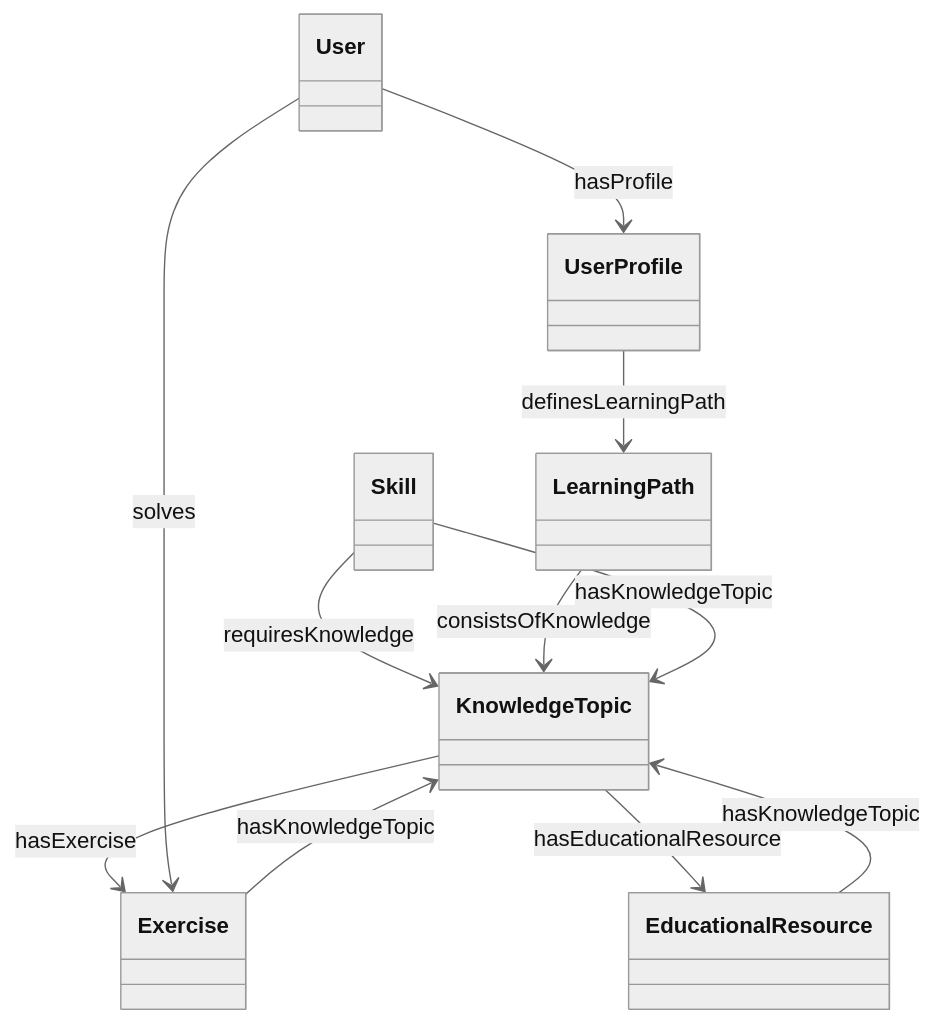
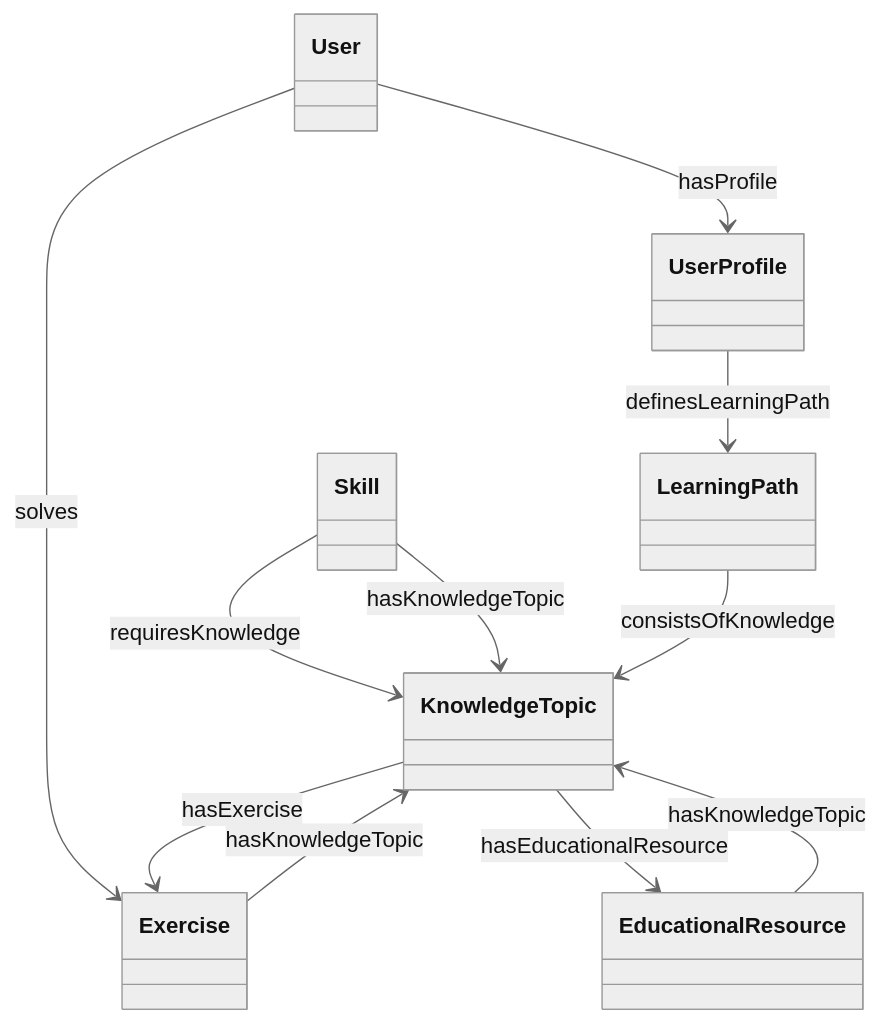
Before and after one commit to oeg-upm/Devos: the diagram in output/ieswc_freq/educor.ttl-freq-7-0-hard.md, drawn with Mermaid (neutral theme). The commit also changed other lines of this file and 131 other files, not shown here.

````diff
--- a/output/ieswc_freq/educor.ttl-freq-7-0-hard.md
+++ b/output/ieswc_freq/educor.ttl-freq-7-0-hard.md
@@ -1,55 +1,55 @@
 ```mermaid
 	classDiagram
 
     
     class `KnowledgeTopic` {
     
     }
 
     class `EducationalResource` {
     
     }
 
     class `UserProfile` {
     
     }
 
     class `User` {
     
     }
 
     class `Skill` {
     
     }
 
     class `Exercise` {
     
     }
 
     class `LearningPath` {
     
     }
 
 
 
-`EducationalResource`  --> `KnowledgeTopic`   :hasKnowledgeTopic  
+`UserProfile`  --> `LearningPath`   :definesLearningPath  
 
 `Skill`  --> `KnowledgeTopic`   :requiresKnowledge  
-
-`LearningPath`  --> `KnowledgeTopic`   :consistsOfKnowledge  
-
-`KnowledgeTopic`  --> `Exercise`   :hasExercise  
-
-`UserProfile`  --> `LearningPath`   :definesLearningPath  
 
 `User`  --> `UserProfile`   :hasProfile  
 
 `Skill`  --> `KnowledgeTopic`   :hasKnowledgeTopic  
 
+`EducationalResource`  --> `KnowledgeTopic`   :hasKnowledgeTopic  
+
+`LearningPath`  --> `KnowledgeTopic`   :consistsOfKnowledge  
+
+`User`  --> `Exercise`   :solves  
+
+`KnowledgeTopic`  --> `Exercise`   :hasExercise  
+
 `Exercise`  --> `KnowledgeTopic`   :hasKnowledgeTopic  
 
 `KnowledgeTopic`  --> `EducationalResource`   :hasEducationalResource  
 
-`User`  --> `Exercise`   :solves  
-
 ```
````
